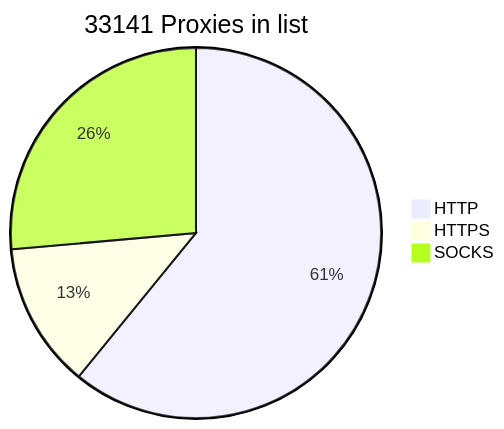
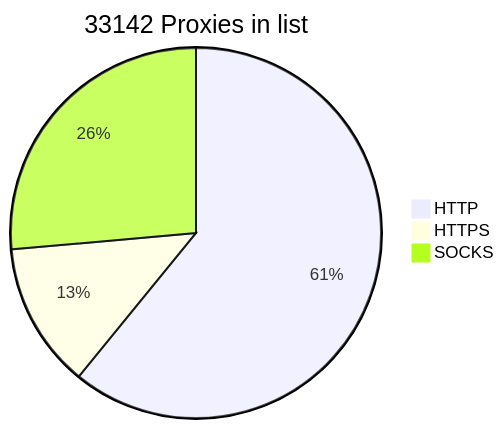
Before and after one commit to BlackSnowDot/proxylist-update-every-minute: the diagram in README.md, drawn with Mermaid.

````diff
--- a/README.md
+++ b/README.md
@@ -2,6 +2,6 @@
 ```mermaid
-pie title 33141 Proxies in list
+pie title 33142 Proxies in list
     "HTTP" : 22339
     "HTTPS": 4656
-    "SOCKS" : 9687
+    "SOCKS" : 9688
 ```
````
